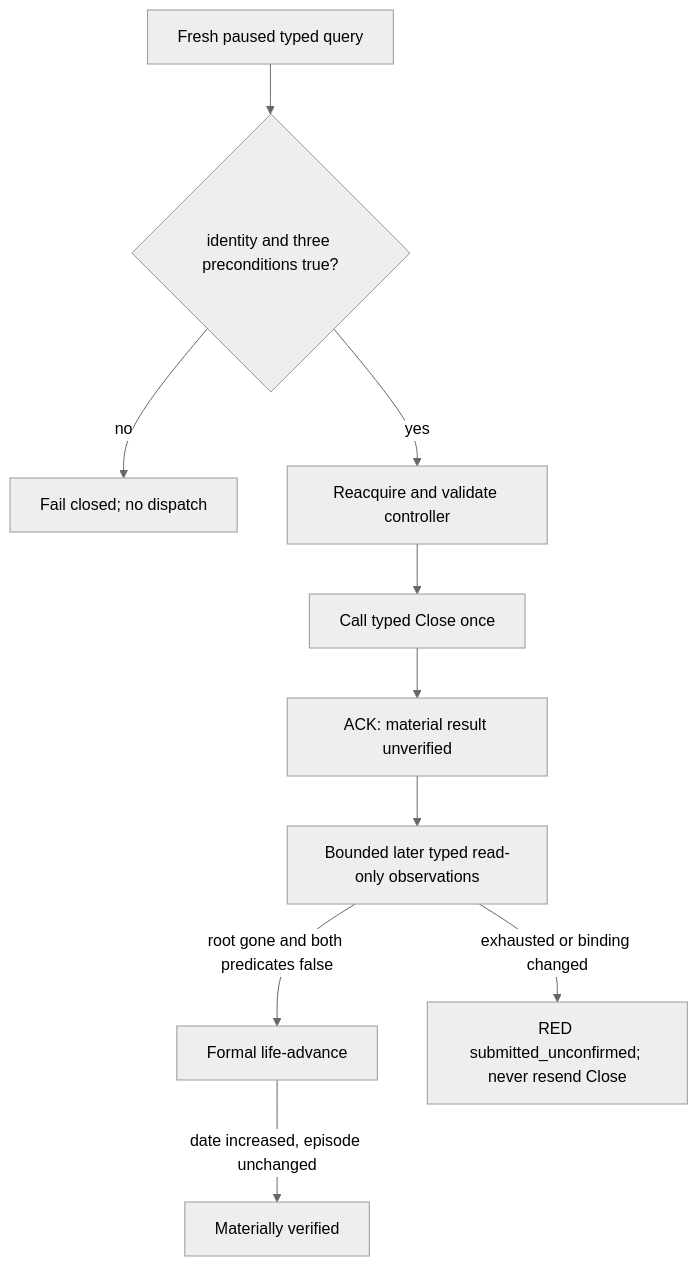
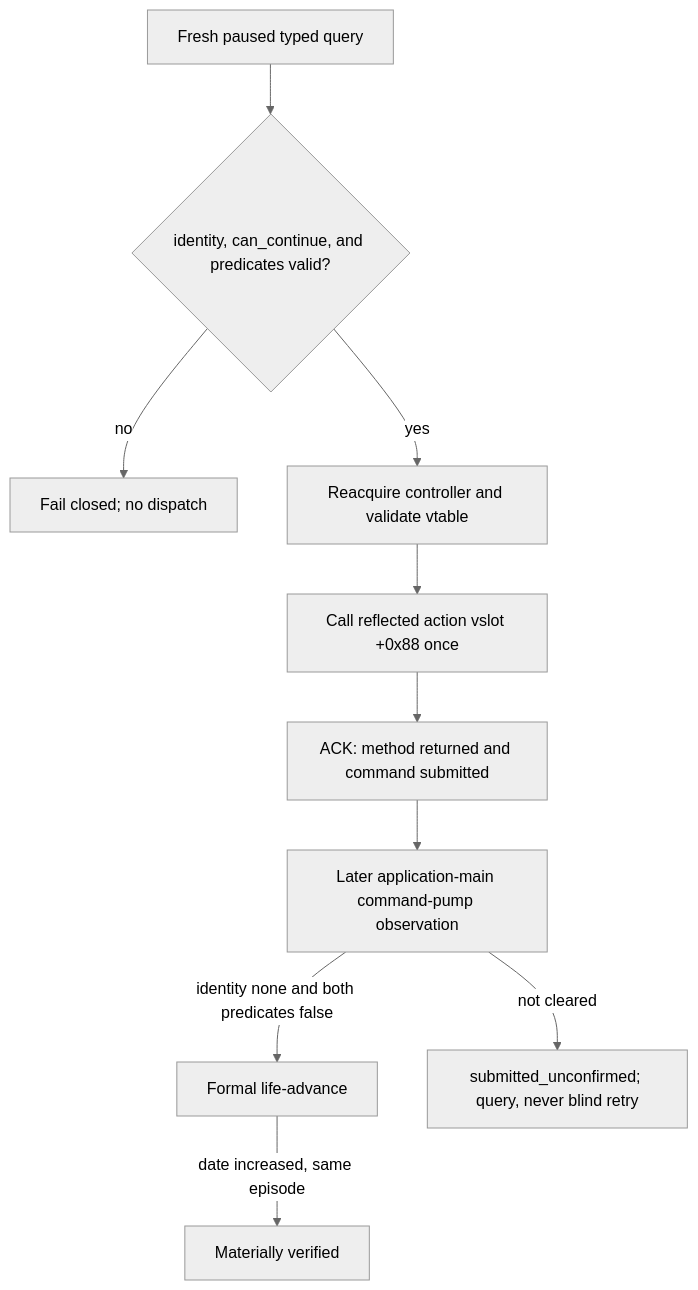
Before and after one commit to XenoAmess/ck3_eternal_recurrence: the diagram in docs/ck3-native-ai/death-succession-modal-continue-v1.md, drawn with Mermaid (neutral theme). The commit also changed other lines of this file and 3 other files, not shown here.

Commit message:
G2-M3 document reflected succession Close ABI

````diff
--- a/docs/ck3-native-ai/death-succession-modal-continue-v1.md
+++ b/docs/ck3-native-ai/death-succession-modal-continue-v1.md
@@ -131,12 +149,12 @@
 ```mermaid
 flowchart TD
-    Q[Fresh paused typed query] --> P{identity and three preconditions true?}
+    Q[Fresh paused typed query] --> P{identity, can_continue, and predicates valid?}
     P -->|no| F[Fail closed; no dispatch]
-    P -->|yes| A[Reacquire and validate controller]
-    A --> C[Call typed Close once]
-    C --> K[ACK: material result unverified]
-    K --> O[Bounded later typed read-only observations]
-    O -->|root gone and both predicates false| L[Formal life-advance]
-    O -->|exhausted or binding changed| R[RED submitted_unconfirmed; never resend Close]
-    L -->|date increased, episode unchanged| V[Materially verified]
+    P -->|yes| A[Reacquire controller and validate vtable]
+    A --> C[Call reflected action vslot +0x88 once]
+    C --> K[ACK: method returned and command submitted]
+    K --> O[Later application-main command-pump observation]
+    O -->|identity none and both predicates false| L[Formal life-advance]
+    O -->|not cleared| R[submitted_unconfirmed; query, never blind retry]
+    L -->|date increased, same episode| V[Materially verified]
 ```
````
